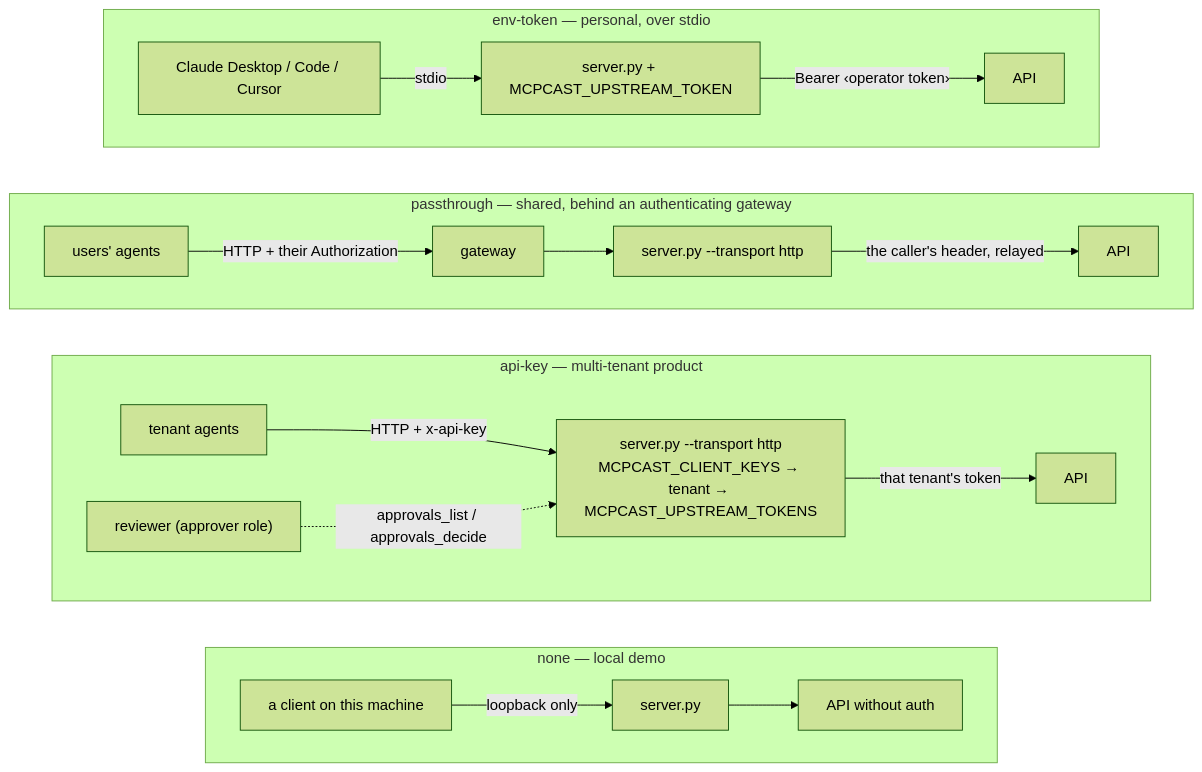
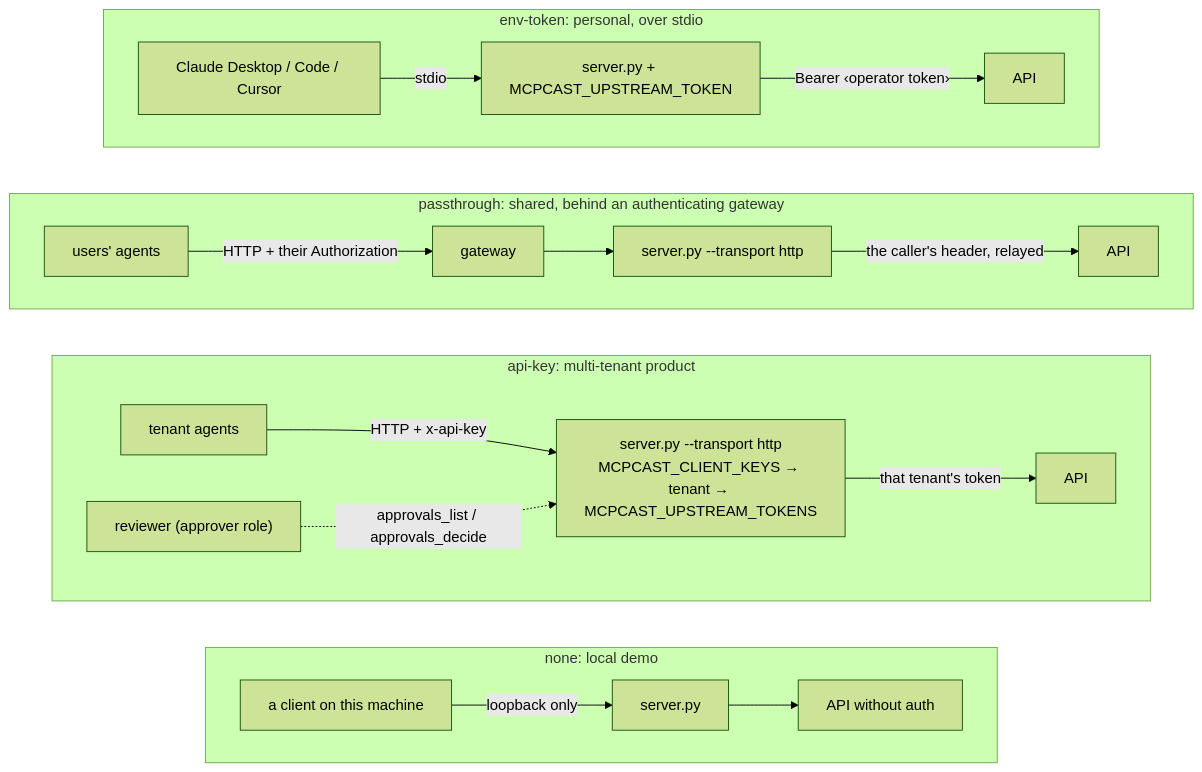
The second of 2 diagrams in docs/mcp/server/mcpcast.md (CloudEngineHub/DeepMCPAgent), drawn with Mermaid (forest theme) before and after one commit. The commit also changed 4 other files, not shown here.

Commit message:
docs: plain punctuation in diagram labels

````diff
--- a/docs/mcp/server/mcpcast.md
+++ b/docs/mcp/server/mcpcast.md
@@ -581,21 +581,21 @@
 ```mermaid
 flowchart TB
-    subgraph personal["env-token — personal, over stdio"]
+    subgraph personal["env-token: personal, over stdio"]
         direction LR
         D1["Claude Desktop / Code / Cursor"] -- "stdio" --> S1["server.py + MCPCAST_UPSTREAM_TOKEN"] -- "Bearer ‹operator token›" --> A1["API"]
     end
-    subgraph shared["passthrough — shared, behind an authenticating gateway"]
+    subgraph shared["passthrough: shared, behind an authenticating gateway"]
         direction LR
         D2["users' agents"] -- "HTTP + their Authorization" --> GW["gateway"] --> S2["server.py --transport http"] -- "the caller's header, relayed" --> A2["API"]
     end
-    subgraph tenants["api-key — multi-tenant product"]
+    subgraph tenants["api-key: multi-tenant product"]
         direction LR
         D3["tenant agents"] -- "HTTP + x-api-key" --> S3["server.py --transport http<br/>MCPCAST_CLIENT_KEYS → tenant → MCPCAST_UPSTREAM_TOKENS"] -- "that tenant's token" --> A3["API"]
         R["reviewer (approver role)"] -. "approvals_list / approvals_decide" .-> S3
     end
-    subgraph local["none — local demo"]
+    subgraph local["none: local demo"]
         direction LR
         D4["a client on this machine"] -- "loopback only" --> S4["server.py"] --> A4["API without auth"]
     end
     personal ~~~ shared ~~~ tenants ~~~ local
 ```
````
